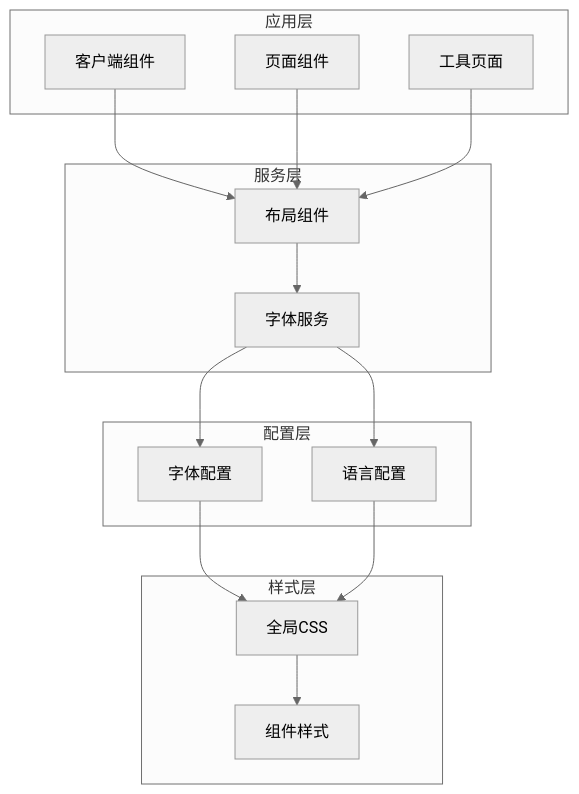
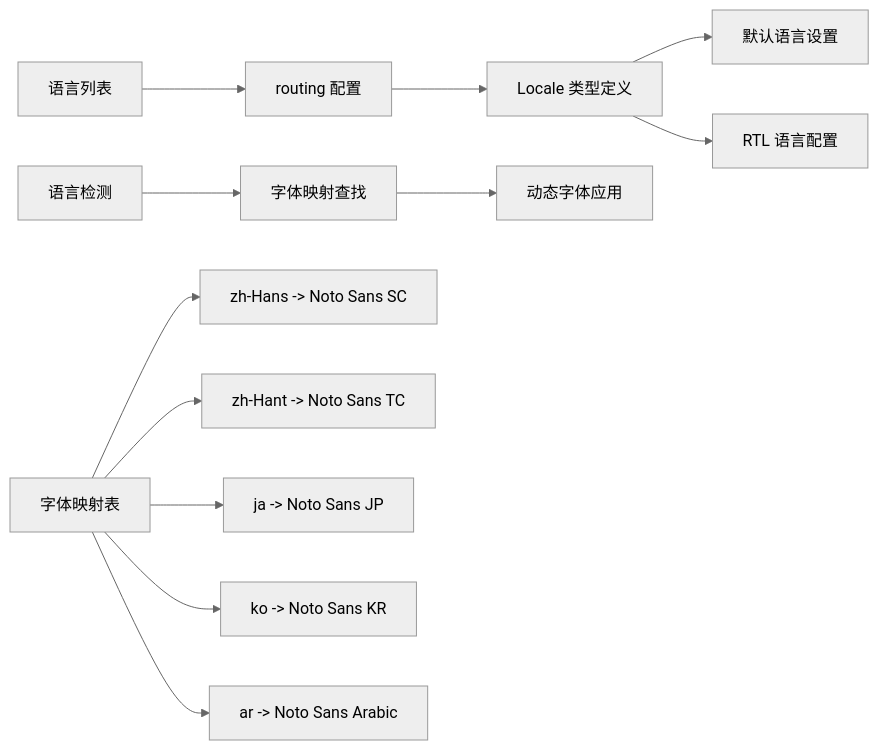
Before and after one commit to sgyy/privadeck: the fifth of 7 diagrams in .qoder/repowiki/zh/content/Font Management.md, drawn with Mermaid (neutral theme). The commit also changed other lines of this file and 5 other files, not shown here.

````diff
--- a/.qoder/repowiki/zh/content/Font Management.md
+++ b/.qoder/repowiki/zh/content/Font Management.md
@@ -144,29 +208,14 @@
 ```mermaid
-graph TB
-subgraph "应用层"
-Client[客户端组件]
-Pages[页面组件]
-Tools[工具页面]
-end
-subgraph "服务层"
-Layout[布局组件]
-FontService[字体服务]
-end
-subgraph "配置层"
-FontConfig[字体配置]
-LocaleConfig[语言配置]
-end
-subgraph "样式层"
-GlobalCSS[全局CSS]
-ComponentCSS[组件样式]
-end
-Client --> Layout
-Pages --> Layout
-Tools --> Layout
-Layout --> FontService
-FontService --> FontConfig
-FontService --> LocaleConfig
-FontConfig --> GlobalCSS
-LocaleConfig --> GlobalCSS
-GlobalCSS --> ComponentCSS
+graph LR
+A[语言列表] --> B[routing 配置]
+B --> C[Locale 类型定义]
+C --> D[默认语言设置]
+C --> E[RTL 语言配置]
+F[语言检测] --> G[字体映射查找]
+G --> H[动态字体应用]
+I[字体映射表] --> J[zh-Hans -> Noto Sans SC]
+I --> K[zh-Hant -> Noto Sans TC]
+I --> L[ja -> Noto Sans JP]
+I --> M[ko -> Noto Sans KR]
+I --> N[ar -> Noto Sans Arabic]
 ```
````
